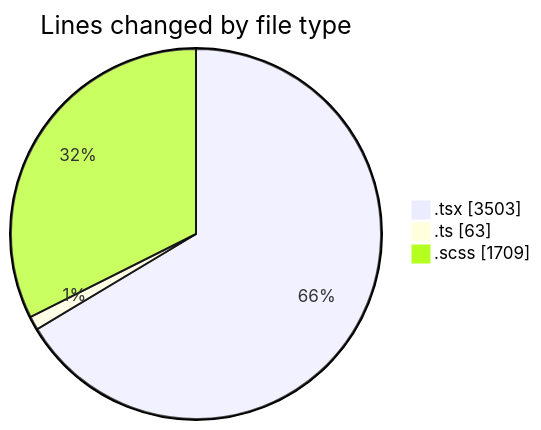
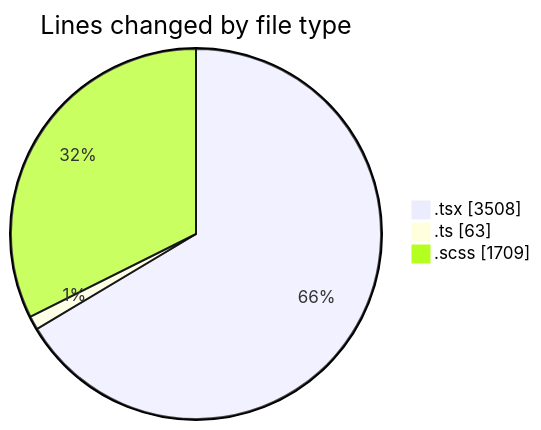
One commit to momahboobian/code-tracking changed the first of 2 diagrams in 2025-04-02/cda/README.md. Above: the diagram before and after it, drawn with Mermaid. The commit also changed other lines of this file and 1 other file, not shown here.

````diff
--- a/2025-04-02/cda/README.md
+++ b/2025-04-02/cda/README.md
@@ -30,7 +30,7 @@
 ```mermaid
 pie showData
 title Lines changed by file type
-".tsx" : 3503
+".tsx" : 3508
 ".ts" : 63
 ".scss" : 1709
 ```
````
